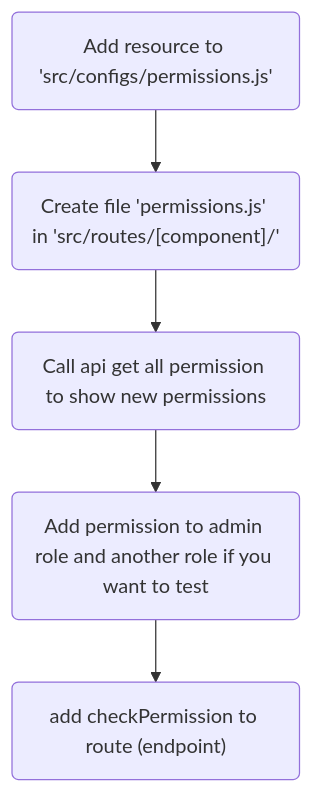
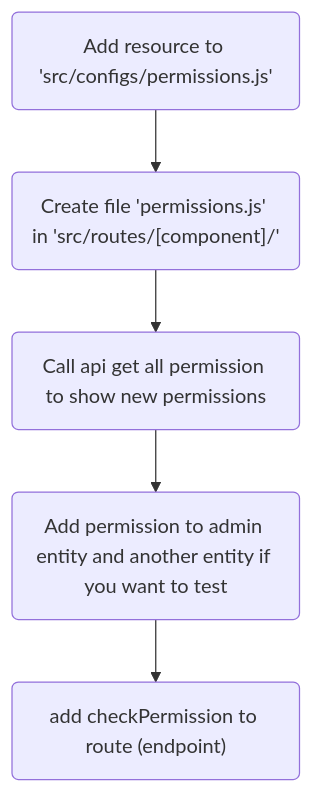
The diagram in DEVELOPMENT.md (trungnqpro/ptt-core-services), drawn with Mermaid before and after one commit. The commit also changed 228 other files, not shown here.

Commit message:
update schema-mg entities

````diff
--- a/DEVELOPMENT.md
+++ b/DEVELOPMENT.md
@@ -70,8 +70,8 @@
 ```mermaid
 flowchart TD
     s1("Add resource to 'src/configs/permissions.js'")
     --> s2("Create file 'permissions.js' in 'src/routes/[component]/'")
     --> s3("Call api get all permission to show new permissions")
-    --> s4("Add permission to admin role and another role if you want to test")
+    --> s4("Add permission to admin entity and another entity if you want to test")
     --> s5("add checkPermission to route (endpoint)")
 ```
````
